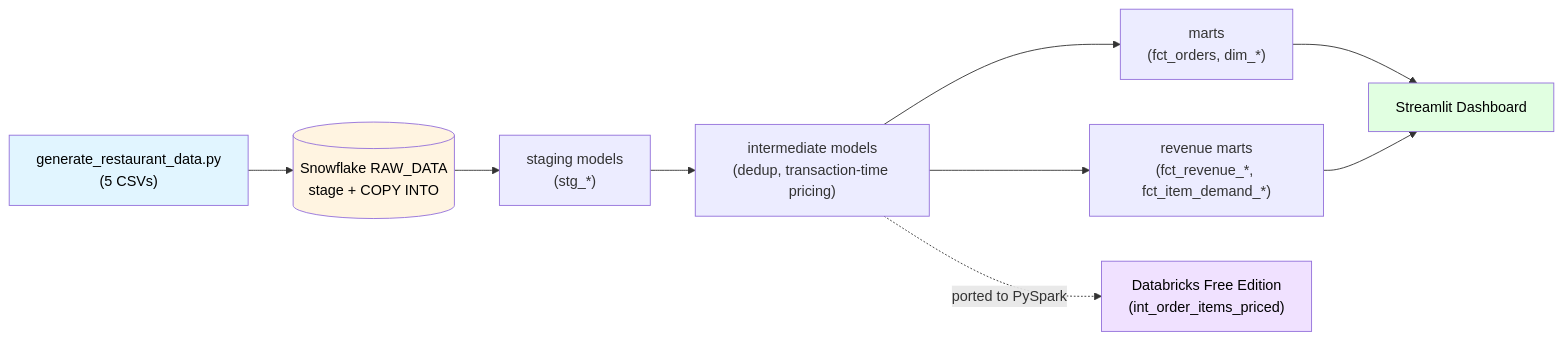
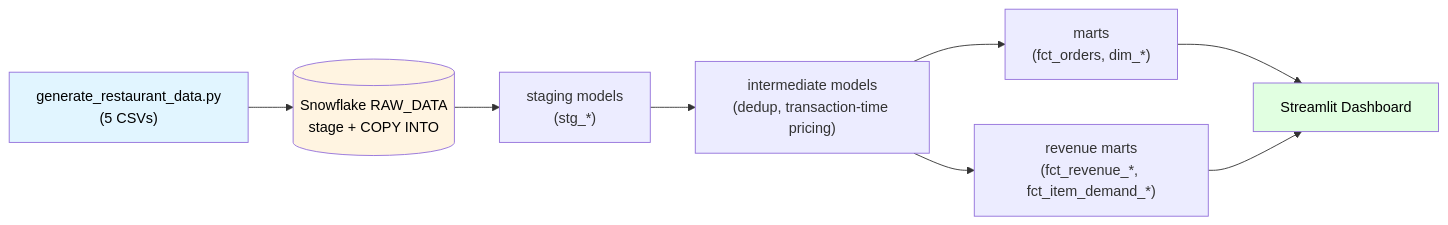
The first of 4 diagrams in README.md (YoungliHong/restaurant_analytics), drawn with Mermaid before and after one commit. The commit also changed other lines of this file and 11 other files, not shown here.

````diff
--- a/README.md
+++ b/README.md
@@ -11,16 +13,14 @@
 ```mermaid
 flowchart LR
     A["generate_restaurant_data.py<br/>(5 CSVs)"] --> B[("Snowflake RAW_DATA<br/>stage + COPY INTO")]
     B --> C["staging models<br/>(stg_*)"]
     C --> D["intermediate models<br/>(dedup, transaction-time pricing)"]
     D --> E["marts<br/>(fct_orders, dim_*)"]
     D --> F["revenue marts<br/>(fct_revenue_*, fct_item_demand_*)"]
     E --> G["Streamlit Dashboard"]
     F --> G
-    D -.->|ported to PySpark| H["Databricks Free Edition<br/>(int_order_items_priced)"]
 
     style A fill:#e1f5ff,color:#000
     style B fill:#fff4e1,color:#000
-    style H fill:#f0e1ff,color:#000
     style G fill:#e1ffe1,color:#000
 ```
````
